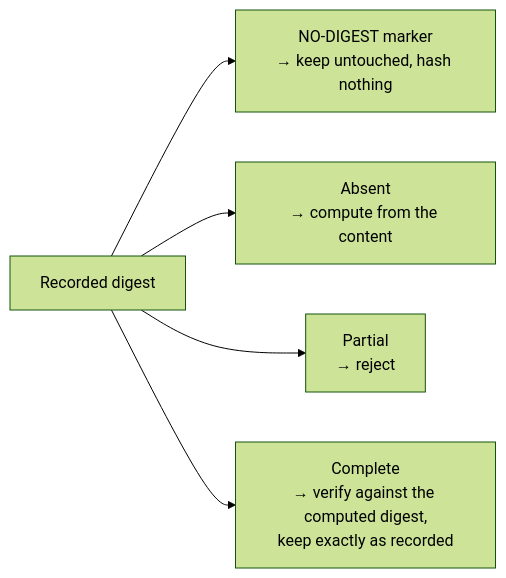
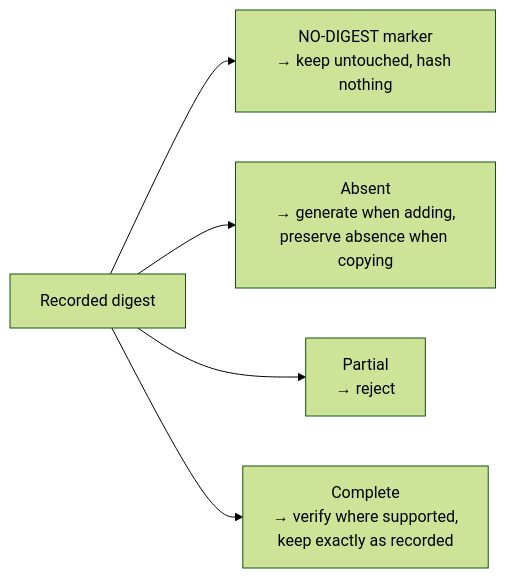
The diagram in docs/adr/0033_resource_digest_rules.md (open-component-model/open-component-model), drawn with Mermaid (forest theme) before and after one commit. The commit also changed other lines of this file, not shown here.

Commit message:
docs(adr): clarify shared digest decisions and rollout

````diff
--- a/docs/adr/0033_resource_digest_rules.md
+++ b/docs/adr/0033_resource_digest_rules.md
@@ -91,7 +83,7 @@
 ```mermaid
 flowchart LR
     R["Recorded digest"] --> X["NO-DIGEST marker<br/>→ keep untouched, hash nothing"]
-    R --> N["Absent<br/>→ compute from the content"]
+    R --> N["Absent<br/>→ generate when adding,<br/>preserve absence when copying"]
     R --> P["Partial<br/>→ reject"]
-    R --> C["Complete<br/>→ verify against the computed digest,<br/>keep exactly as recorded"]
+    R --> C["Complete<br/>→ verify where supported,<br/>keep exactly as recorded"]
 ```
````
